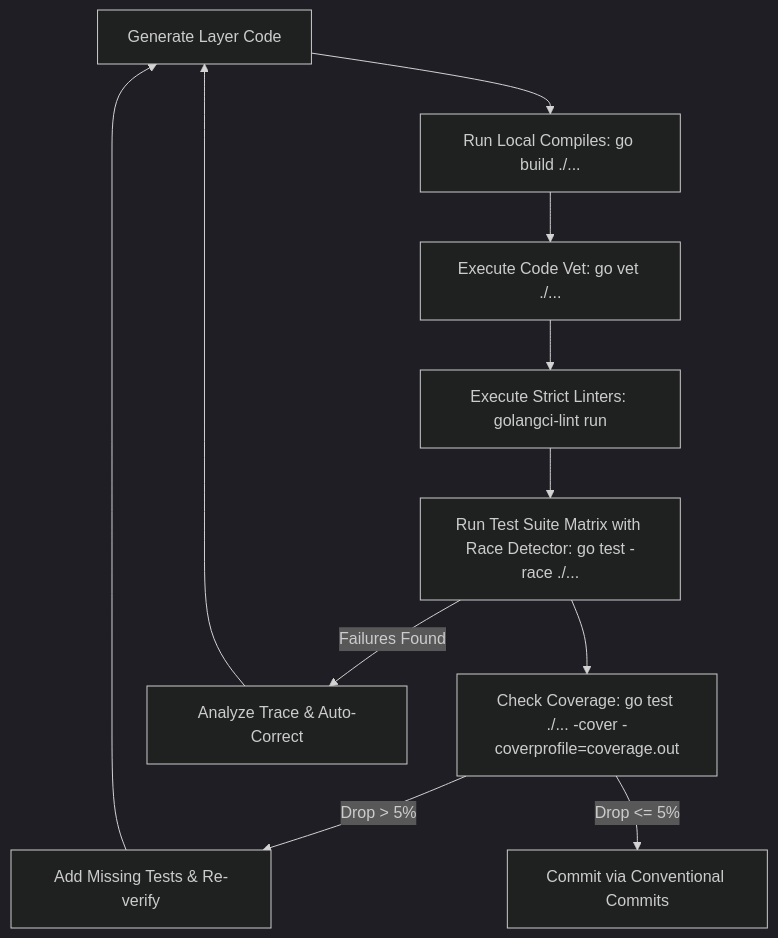
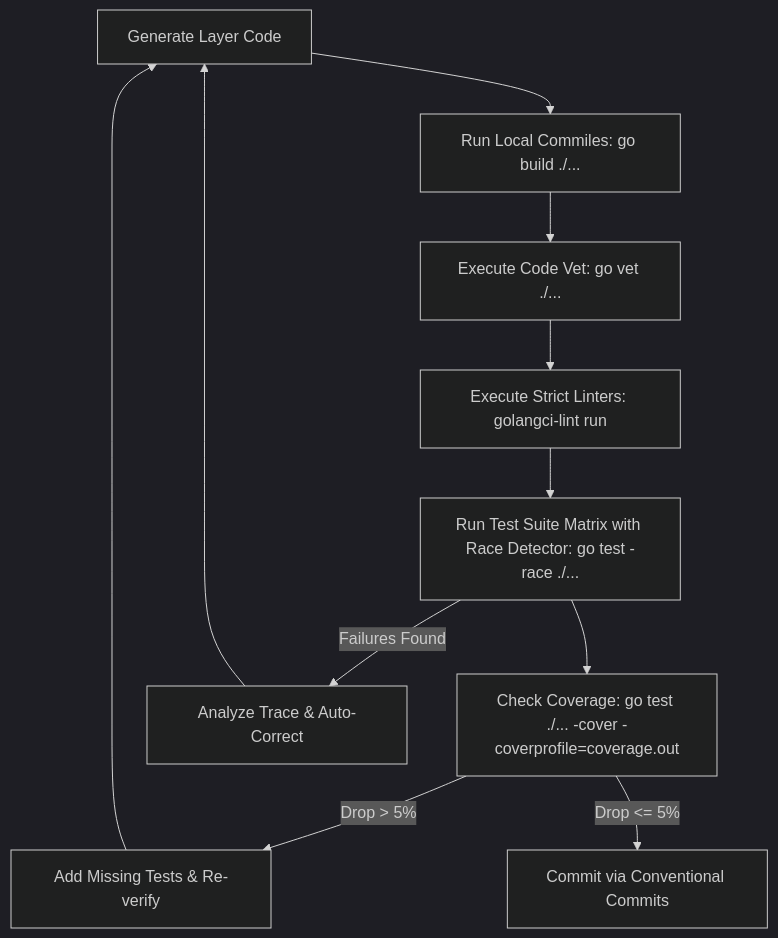
One commit to canonical/hook-service changed the diagram in AGENTS.md. Above: the diagram before and after it, drawn with Mermaid (dark theme). The commit also changed other lines of this file and 1 other file, not shown here.

````diff
--- a/AGENTS.md
+++ b/AGENTS.md
@@ -499,13 +632,13 @@
 ```mermaid
 graph TD
-    A[Generate Layer Code] --> B[Run Local Compiles: go build ./...]
+    A[Generate Layer Code] --> B[Run Local Commiles: go build ./...]
     B --> C[Execute Code Vet: go vet ./...]
     C --> D[Execute Strict Linters: golangci-lint run]
     D --> E[Run Test Suite Matrix with Race Detector: go test -race ./...]
     E --> F[Check Coverage: go test ./... -cover -coverprofile=coverage.out]
     F -->|Drop > 5%| G[Add Missing Tests & Re-verify]
     G --> A
     F -->|Drop <= 5%| H[Commit via Conventional Commits]
     E -->|Failures Found| G2[Analyze Trace & Auto-Correct]
     G2 --> A
 ```
````
